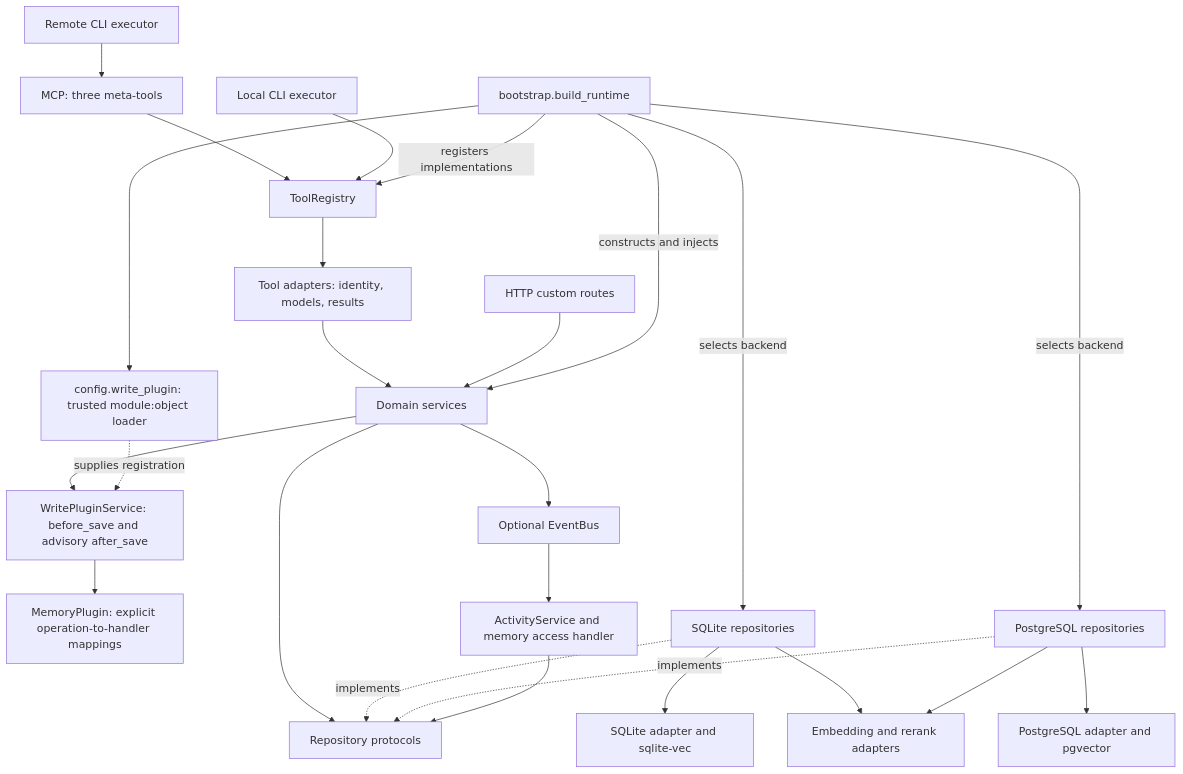
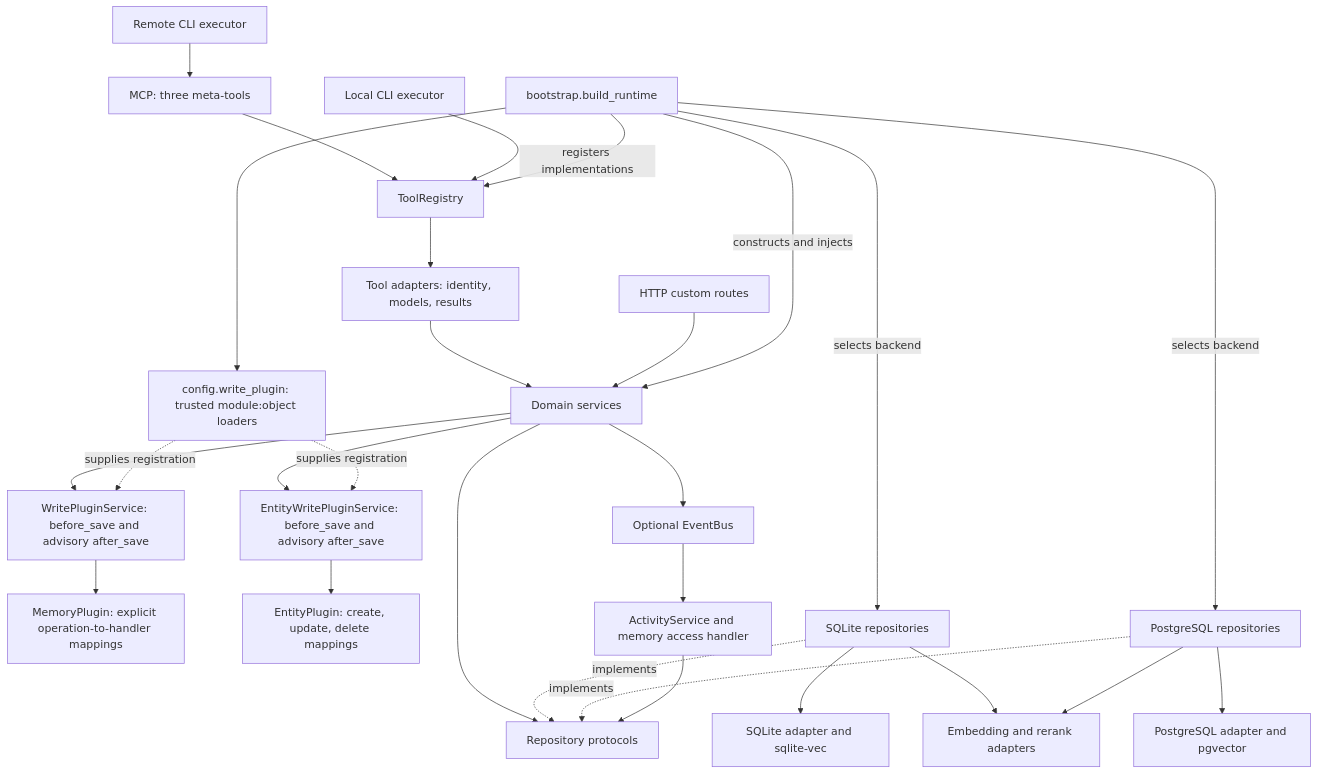
The diagram in architecture.md (ScottRBK/forgetful), drawn with Mermaid before and after one commit. The commit also changed other lines of this file and 26 other files, not shown here.

First line of the commit message:
feat: add before-save and after-save Entity Plugin hooks (#184)

````diff
--- a/architecture.md
+++ b/architecture.md
@@ -17,27 +17,30 @@
 ```mermaid
 flowchart TD
     MCP["MCP: three meta-tools"] --> Registry["ToolRegistry"]
     Local["Local CLI executor"] --> Registry
     Remote["Remote CLI executor"] --> MCP
     Registry --> ToolAdapters["Tool adapters: identity, models, results"]
     ToolAdapters --> Services["Domain services"]
     HTTP["HTTP custom routes"] --> Services
     Services --> Contracts["Repository protocols"]
     Services --> WritePlugin["WritePluginService: before_save and advisory after_save"]
     WritePlugin --> Callable["MemoryPlugin: explicit operation-to-handler mappings"]
-    Bootstrap --> Loader["config.write_plugin: trusted module:object loader"]
+    Services --> EntityWritePlugin["EntityWritePluginService: before_save and advisory after_save"]
+    EntityWritePlugin --> EntityCallable["EntityPlugin: create, update, delete mappings"]
+    Bootstrap --> Loader["config.write_plugin: trusted module:object loaders"]
     Loader -. supplies registration .-> WritePlugin
+    Loader -. supplies registration .-> EntityWritePlugin
     SQLite["SQLite repositories"] -. implements .-> Contracts
     Postgres["PostgreSQL repositories"] -. implements .-> Contracts
     SQLite --> SQLiteDB["SQLite adapter and sqlite-vec"]
     Postgres --> PostgresDB["PostgreSQL adapter and pgvector"]
     SQLite --> Providers["Embedding and rerank adapters"]
     Postgres --> Providers
     Services --> Events["Optional EventBus"]
     Events --> Activity["ActivityService and memory access handler"]
     Activity --> Contracts
     Bootstrap["bootstrap.build_runtime"] -->|constructs and injects| Services
     Bootstrap -->|registers implementations| Registry
     Bootstrap -->|selects backend| SQLite
     Bootstrap -->|selects backend| Postgres
 ```
````
